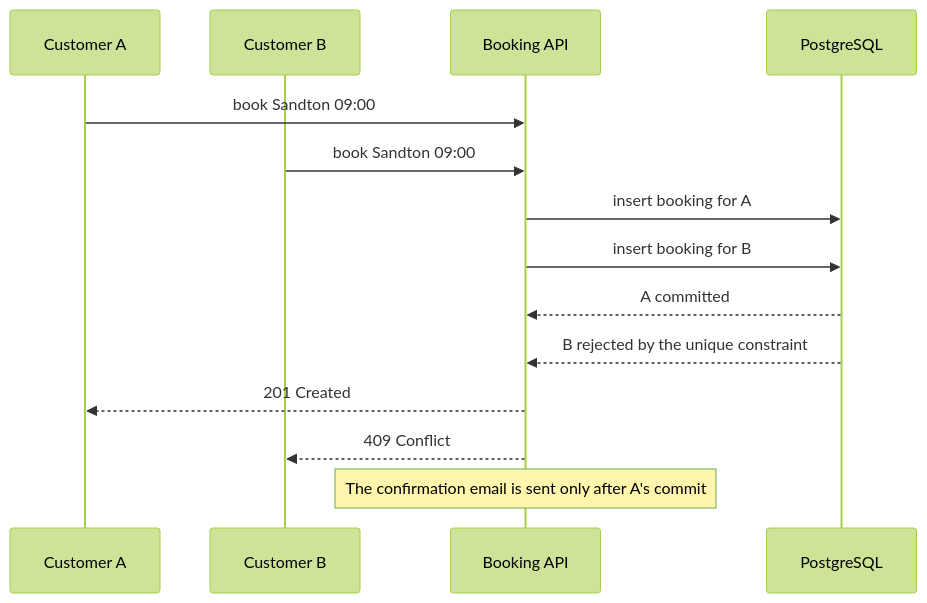
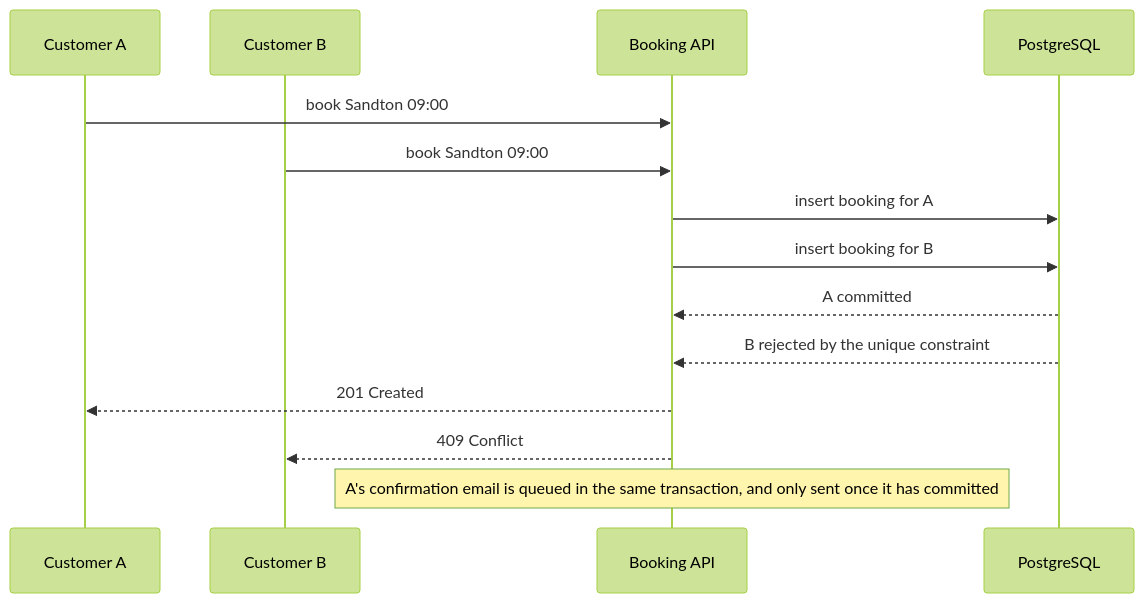
Before and after one commit to mlandukid/branch-booking: the second of 2 diagrams in README.md, drawn with Mermaid (forest theme). The commit also changed other lines of this file and 5 other files, not shown here.

Commit message:
docs: final screenshots of the new pages, and diagrams that match the email outbox

````diff
--- a/README.md
+++ b/README.md
@@ -71,16 +81,16 @@
 ```mermaid
 sequenceDiagram
     participant A as Customer A
     participant B as Customer B
     participant API as Booking API
     participant DB as PostgreSQL
     A->>API: book Sandton 09:00
     B->>API: book Sandton 09:00
     API->>DB: insert booking for A
     API->>DB: insert booking for B
     DB-->>API: A committed
     DB-->>API: B rejected by the unique constraint
     API-->>A: 201 Created
     API-->>B: 409 Conflict
-    Note over API: The confirmation email is sent only after A's commit
+    Note over API: A's confirmation email is queued in the same transaction, and only sent once it has committed
 ```
````
